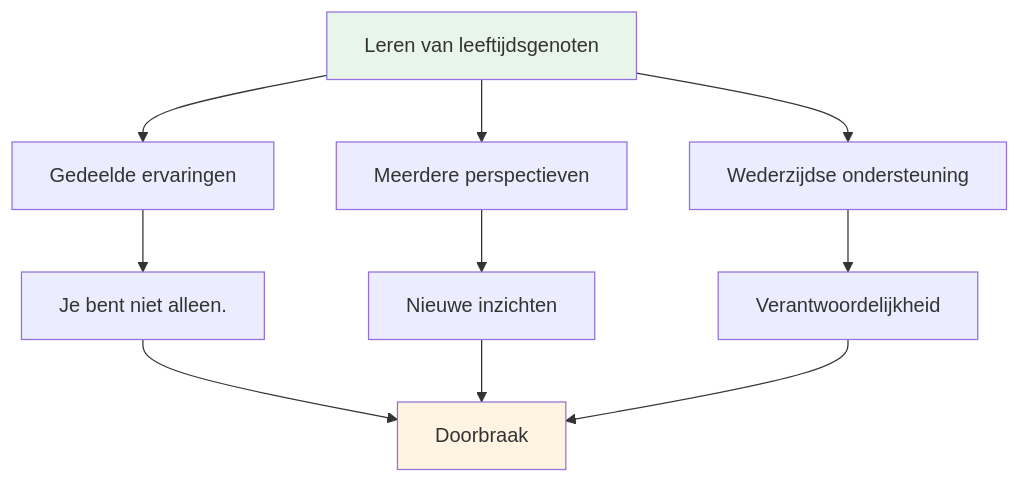
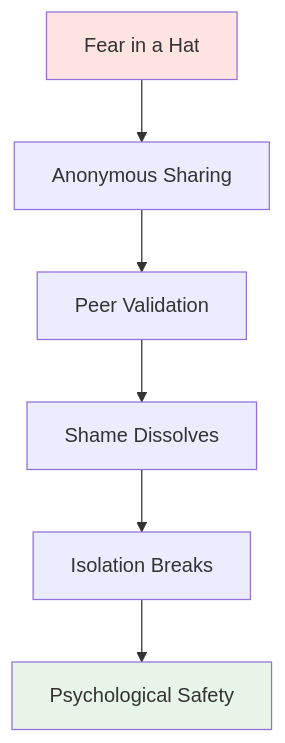
Before and after one commit to patwii/petanque-academy: the fourth of 4 diagrams in docs/nl/workshop.md, drawn with Mermaid. The commit also changed other lines of this file and 259 other files, not shown here.

````diff
--- a/docs/nl/workshop.md
+++ b/docs/nl/workshop.md
@@ -129,17 +271,11 @@
 ```mermaid
 graph TD
-    A[Leren van leeftijdsgenoten] --> B[Gedeelde ervaringen]
-    A --> C[Meerdere perspectieven]
-    A --> D[Wederzijdse ondersteuning]
+    A[Fear in a Hat] --> B[Anonymous Sharing]
+    B --> C[Peer Validation]
+    C --> D[Shame Dissolves]
+    D --> E[Isolation Breaks]
+    E --> F[Psychological Safety]
 
-    B --> E[Je bent niet alleen.]
-    C --> F[Nieuwe inzichten]
-    D --> G[Verantwoordelijkheid]
-
-    E --> H[Doorbraak]
-    F --> H
-    G --> H
-
-    style A fill:#e8f5e9
-    style H fill:#fff4e1
+    style A fill:#ffe4e1
+    style F fill:#e8f5e9
 ```
````
